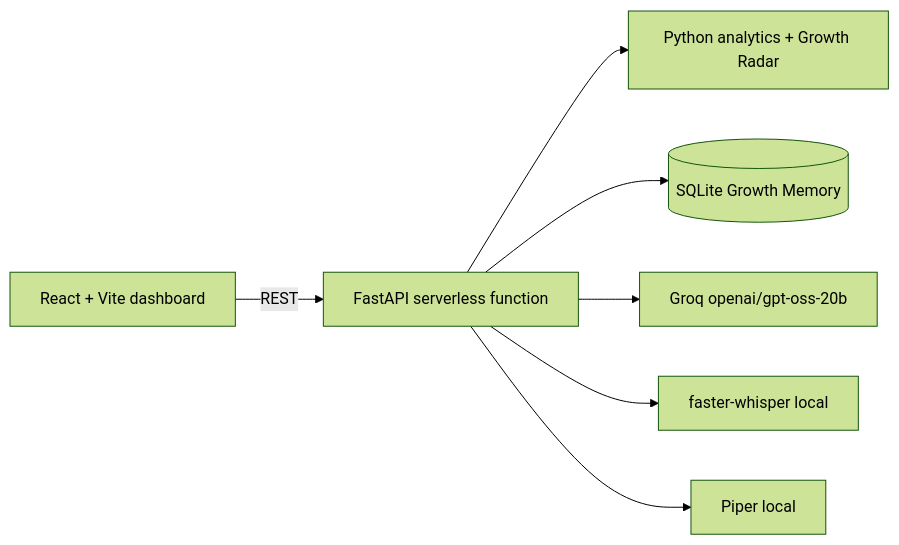
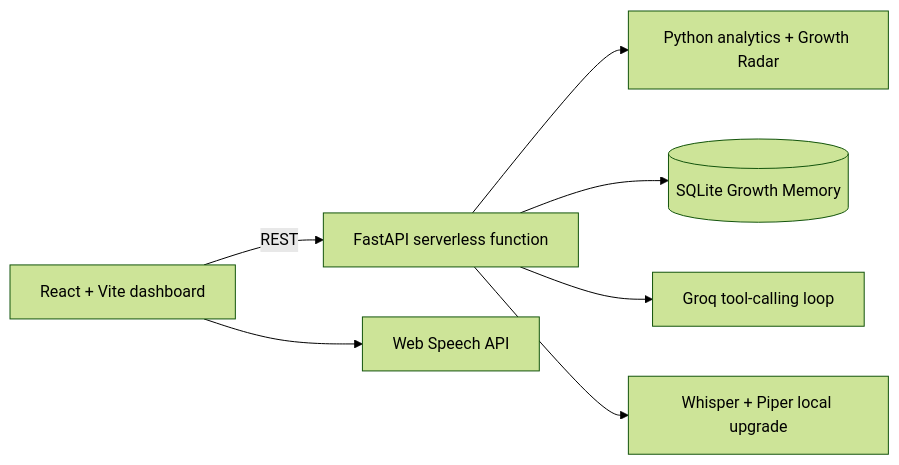
Before and after one commit to Aditya-padale/snapdeal: the diagram in README.md, drawn with Mermaid (forest theme). The commit also changed other lines of this file and 3 other files, not shown here.

````diff
--- a/README.md
+++ b/README.md
@@ -7,9 +7,9 @@
 ```mermaid
 flowchart LR
   UI[React + Vite dashboard] -->|REST| API[FastAPI serverless function]
   API --> Analytics[Python analytics + Growth Radar]
   API --> DB[(SQLite Growth Memory)]
-  API --> LLM[Groq openai/gpt-oss-20b]
-  API --> STT[faster-whisper local]
-  API --> TTS[Piper local]
+  API --> LLM[Groq tool-calling loop]
+  UI --> Browser[Web Speech API]
+  API --> Local[Whisper + Piper local upgrade]
 ```
````
